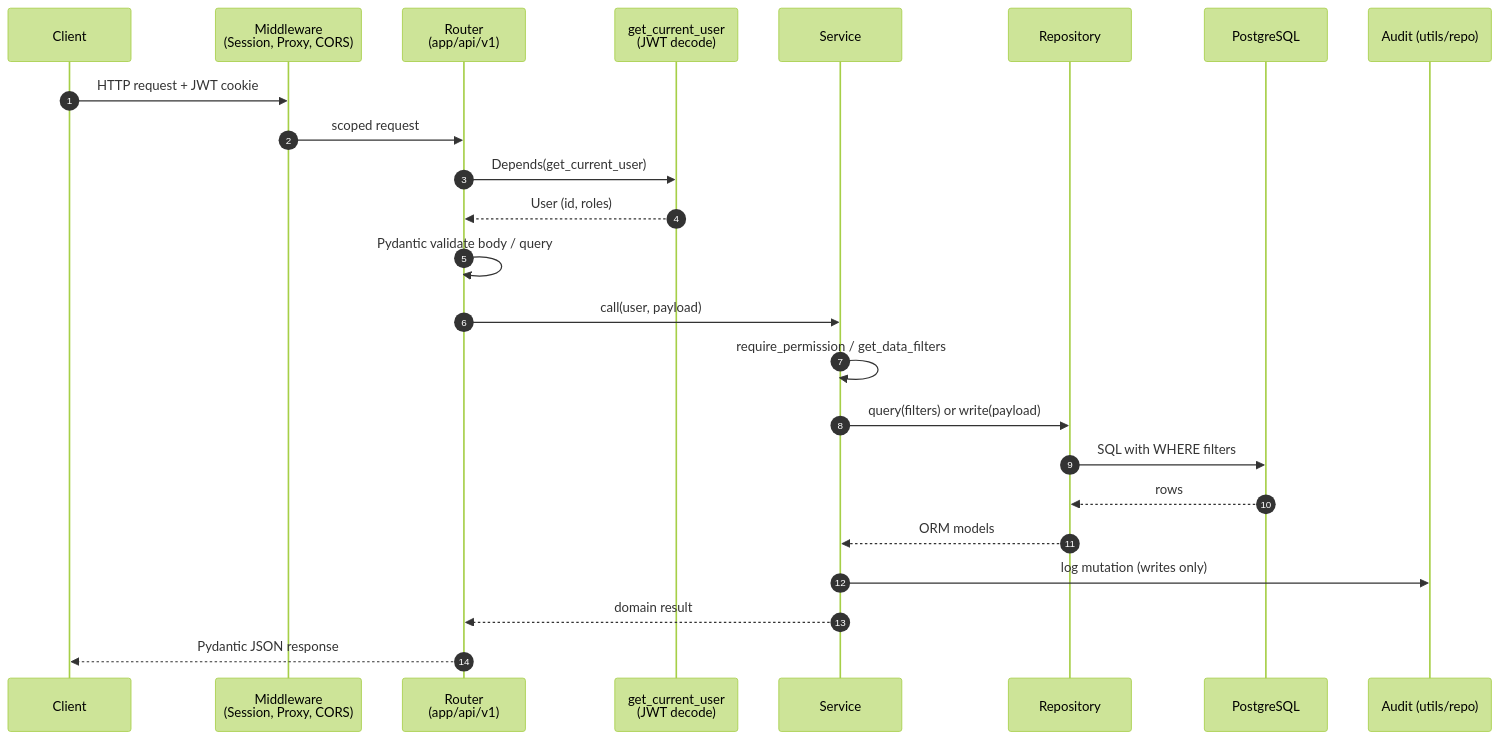
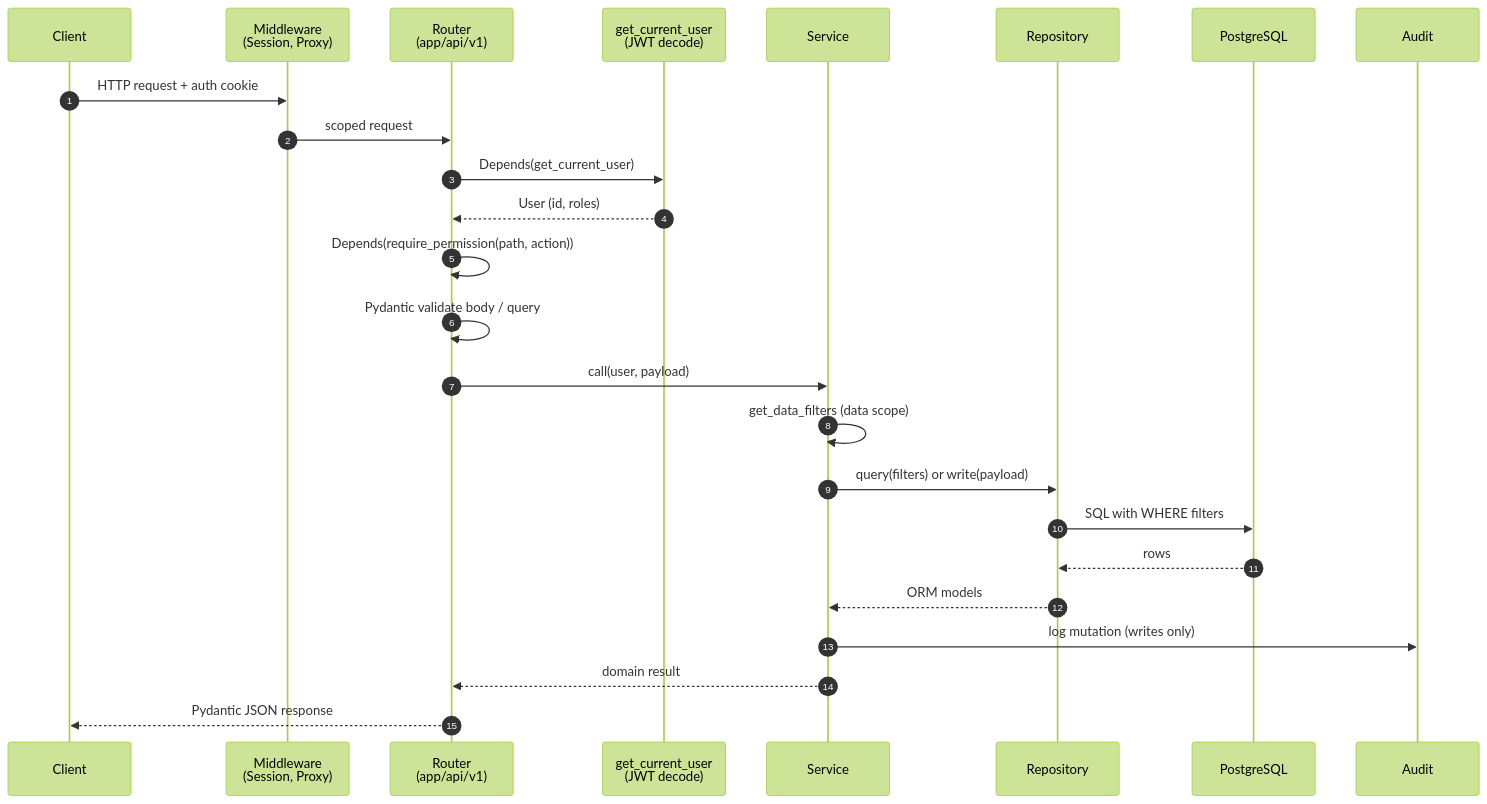
One commit to EPFL-ENAC/co2-calculator changed the first of 2 diagrams in docs/src/backend/05-REQUEST_FLOW.md. Above: the diagram before and after it, drawn with Mermaid (forest theme). The commit also changed other lines of this file, not shown here.

First line of the commit message:
docs(#860): C2 address copilot review — align with actual auth/permission/audit flow

````diff
--- a/docs/src/backend/05-REQUEST_FLOW.md
+++ b/docs/src/backend/05-REQUEST_FLOW.md
@@ -21,27 +21,28 @@
 ```mermaid
 sequenceDiagram
     autonumber
     participant C as Client
-    participant MW as Middleware<br/>(Session, Proxy, CORS)
+    participant MW as Middleware<br/>(Session, Proxy)
     participant R as Router<br/>(app/api/v1)
     participant Auth as get_current_user<br/>(JWT decode)
     participant S as Service
     participant Repo as Repository
     participant DB as PostgreSQL
-    participant Aud as Audit (utils/repo)
+    participant Aud as Audit
 
-    C->>MW: HTTP request + JWT cookie
+    C->>MW: HTTP request + auth cookie
     MW->>R: scoped request
     R->>Auth: Depends(get_current_user)
     Auth-->>R: User (id, roles)
+    R->>R: Depends(require_permission(path, action))
     R->>R: Pydantic validate body / query
     R->>S: call(user, payload)
-    S->>S: require_permission / get_data_filters
+    S->>S: get_data_filters (data scope)
     S->>Repo: query(filters) or write(payload)
     Repo->>DB: SQL with WHERE filters
     DB-->>Repo: rows
     Repo-->>S: ORM models
     S->>Aud: log mutation (writes only)
     S-->>R: domain result
     R-->>C: Pydantic JSON response
 ```
````
